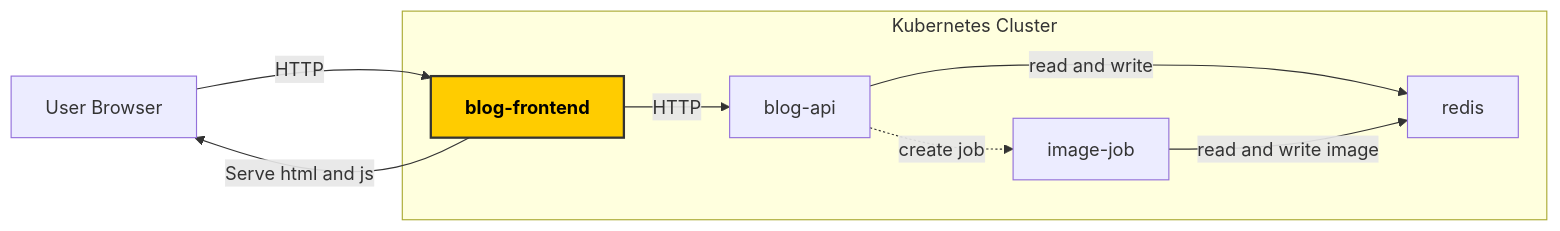
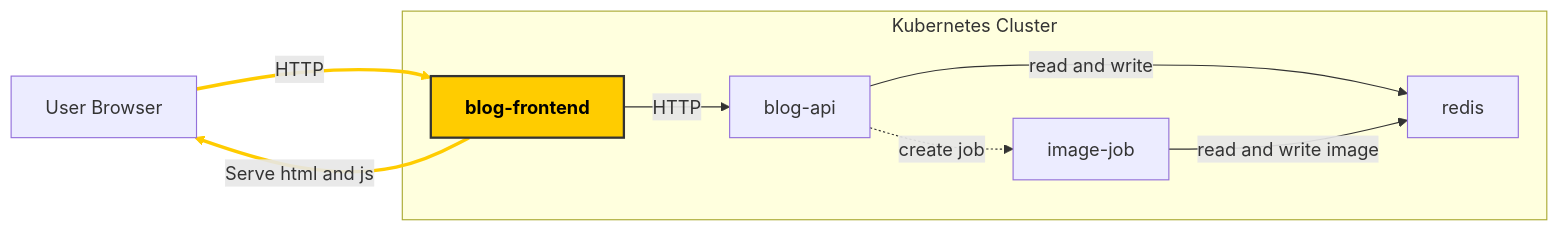
One commit to olaals/knowvember-2025-kubernetes changed the diagram in tasks/task-2-run-frontend-deployment/README.md. Above: the diagram before and after it, drawn with Mermaid.

Commit message:
Highlight traffic from to frontend pod user browser

````diff
--- a/tasks/task-2-run-frontend-deployment/README.md
+++ b/tasks/task-2-run-frontend-deployment/README.md
@@ -3,22 +3,22 @@
 ```mermaid
 flowchart LR
   User[User Browser]
 
   subgraph K8s[Kubernetes Cluster]
     FE[blog-frontend]
     API[blog-api]
     JOB[image-job]
     REDIS[redis]
   end
 
   User -->|HTTP| FE
   FE -->|Serve html and js| User
   FE -->|HTTP| API
   API -.->|create job| JOB
   API -->|read and write| REDIS
   JOB -->|read and write image| REDIS
 
-  %% Node style
   style FE fill:#ffcc00,stroke:#333,stroke-width:2px,color:#000,font-weight:bold
-
+  linkStyle 0 stroke:#ffcc00,stroke-width:3px
+  linkStyle 1 stroke:#ffcc00,stroke-width:3px
 ```
````
